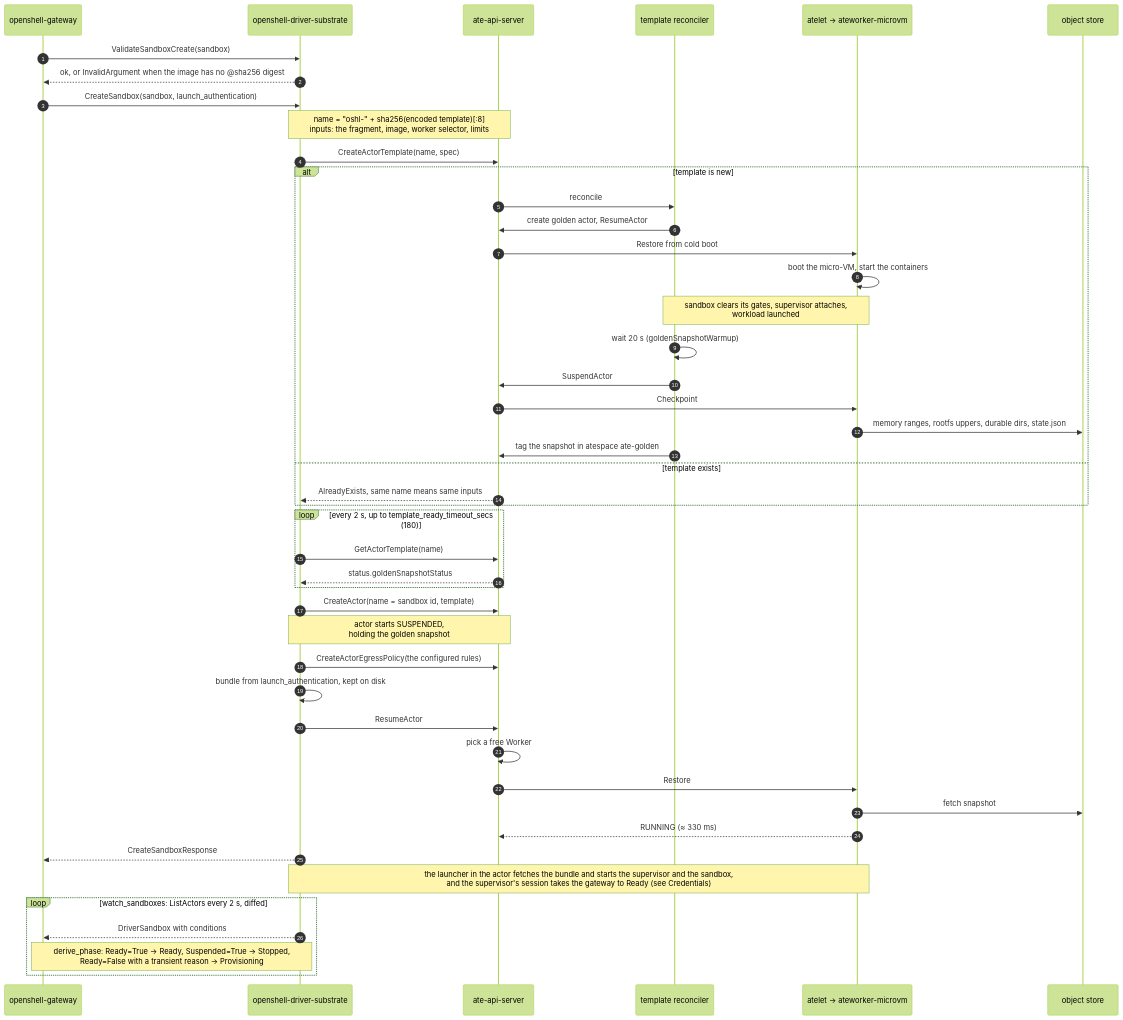
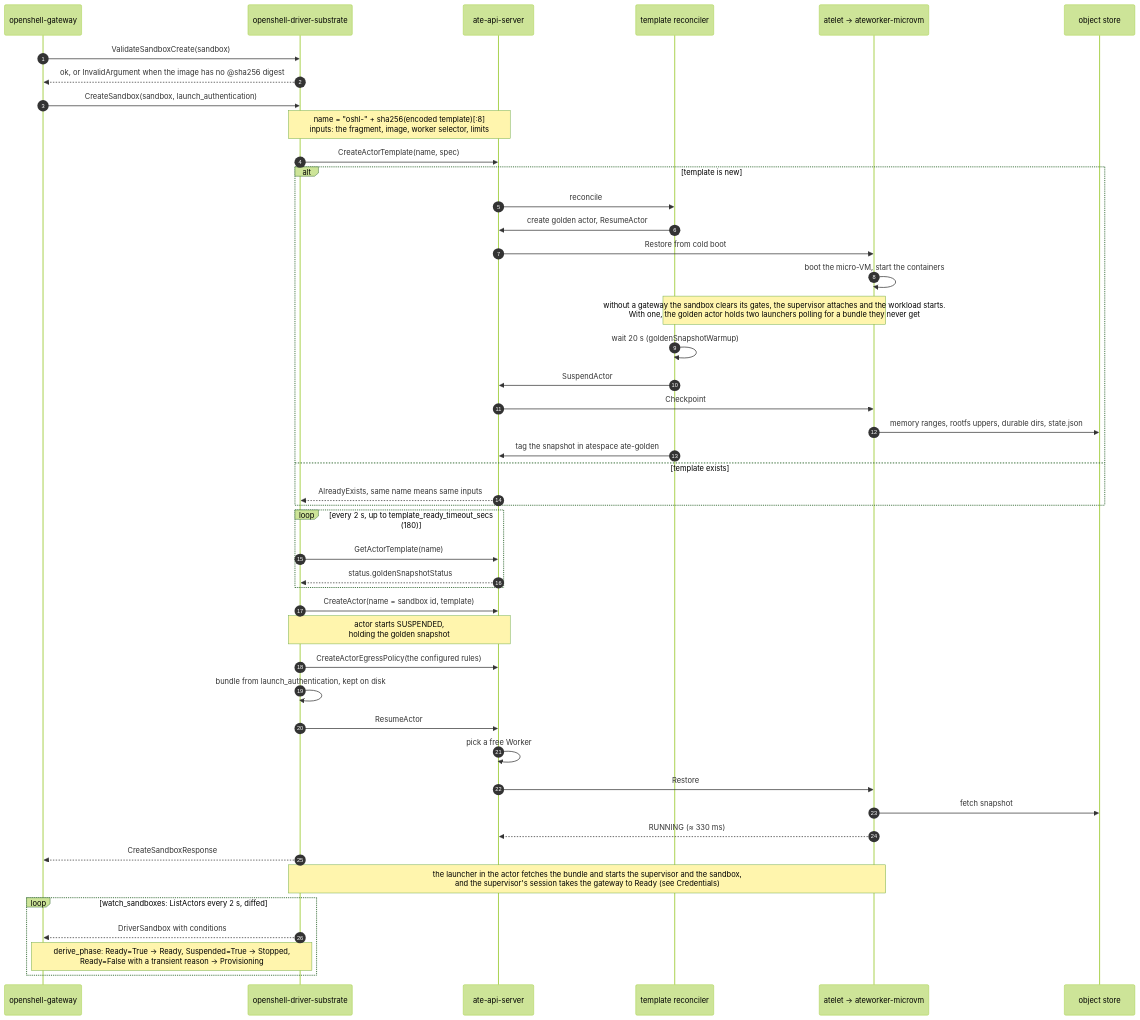
The fourth of 8 diagrams in docs/architecture.md (dims/openshell-driver-substrate), drawn with Mermaid (forest theme) before and after one commit. The commit also changed 6 other files, not shown here.

````diff
--- a/docs/architecture.md
+++ b/docs/architecture.md
@@ -402,49 +402,49 @@
 ```mermaid
 sequenceDiagram
   autonumber
   participant GW as openshell-gateway
   participant D as openshell-driver-substrate
   participant API as ate-api-server
   participant R as template reconciler
   participant W as atelet → ateworker-microvm
   participant S as object store
 
   GW->>D: ValidateSandboxCreate(sandbox)
   D-->>GW: ok, or InvalidArgument when the image has no @sha256 digest
   GW->>D: CreateSandbox(sandbox, launch_authentication)
   Note over D,API: name = "oshl-" + sha256(encoded template)[:8]<br/>inputs: the fragment, image, worker selector, limits
   D->>API: CreateActorTemplate(name, spec)
   alt template is new
     API->>R: reconcile
     R->>API: create golden actor, ResumeActor
     API->>W: Restore from cold boot
     W->>W: boot the micro-VM, start the containers
-    Note over R,W: sandbox clears its gates, supervisor attaches,<br/>workload launched
+    Note over R,W: without a gateway the sandbox clears its gates, the supervisor attaches and the workload starts.<br/>With one, the golden actor holds two launchers polling for a bundle they never get
     R->>R: wait 20 s (goldenSnapshotWarmup)
     R->>API: SuspendActor
     API->>W: Checkpoint
     W->>S: memory ranges, rootfs uppers, durable dirs, state.json
     R->>API: tag the snapshot in atespace ate-golden
   else template exists
     API-->>D: AlreadyExists, same name means same inputs
   end
   loop every 2 s, up to template_ready_timeout_secs (180)
     D->>API: GetActorTemplate(name)
     API-->>D: status.goldenSnapshotStatus
   end
   D->>API: CreateActor(name = sandbox id, template)
   Note over D,API: actor starts SUSPENDED,<br/>holding the golden snapshot
   D->>API: CreateActorEgressPolicy(the configured rules)
   D->>D: bundle from launch_authentication, kept on disk
   D->>API: ResumeActor
   API->>API: pick a free Worker
   API->>W: Restore
   W->>S: fetch snapshot
   W-->>API: RUNNING (≈ 330 ms)
   D-->>GW: CreateSandboxResponse
   Note over D,W: the launcher in the actor fetches the bundle and starts the supervisor and the sandbox,<br/>and the supervisor's session takes the gateway to Ready (see Credentials)
   loop watch_sandboxes: ListActors every 2 s, diffed
     D-->>GW: DriverSandbox with conditions
     Note over GW,D: derive_phase: Ready=True → Ready, Suspended=True → Stopped,<br/>Ready=False with a transient reason → Provisioning
   end
 ```
````
